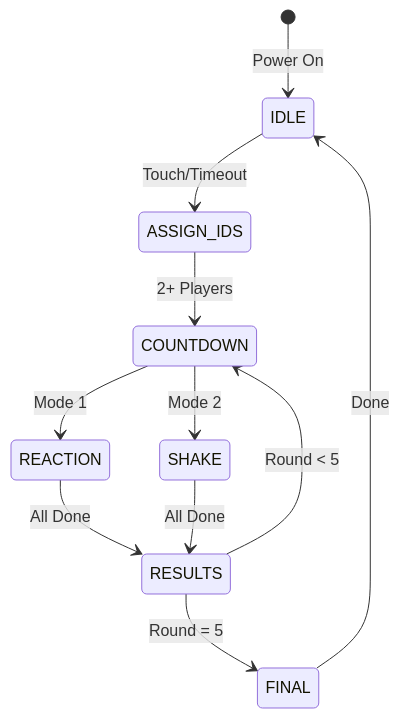
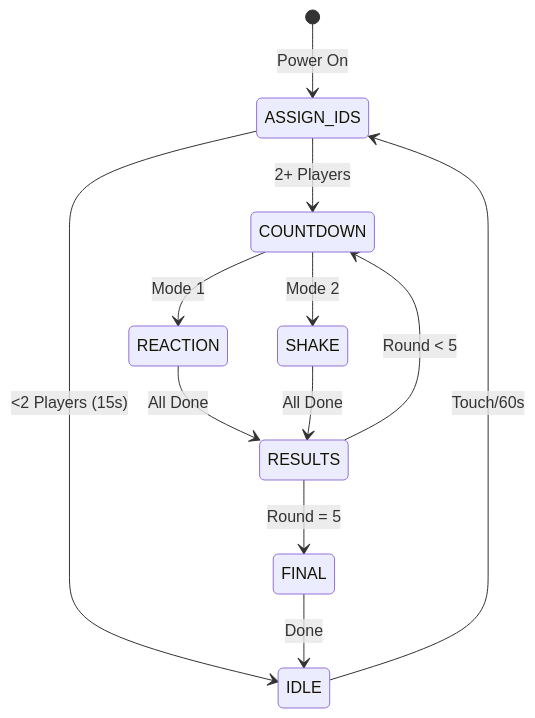
Before and after one commit to Hydr0neFN/ReactionTimeDual: the diagram in README.md, drawn with Mermaid. The commit also changed other lines of this file, not shown here.

````diff
--- a/README.md
+++ b/README.md
@@ -185,13 +186,14 @@
 ```mermaid
 stateDiagram-v2
-    [*] --> IDLE: Power On
-    IDLE --> ASSIGN_IDS: Touch/Timeout
+    [*] --> ASSIGN_IDS: Power On
+    ASSIGN_IDS --> IDLE: <2 Players (15s)
     ASSIGN_IDS --> COUNTDOWN: 2+ Players
+    IDLE --> ASSIGN_IDS: Touch/60s
     COUNTDOWN --> REACTION: Mode 1
     COUNTDOWN --> SHAKE: Mode 2
     REACTION --> RESULTS: All Done
     SHAKE --> RESULTS: All Done
     RESULTS --> COUNTDOWN: Round < 5
     RESULTS --> FINAL: Round = 5
     FINAL --> IDLE: Done
 ```
````
